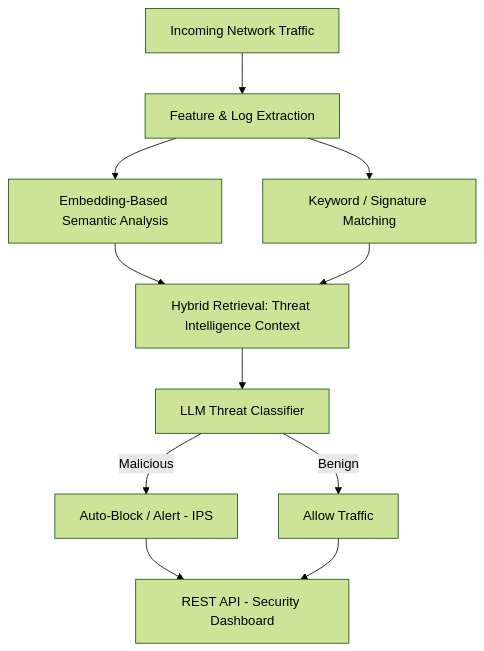
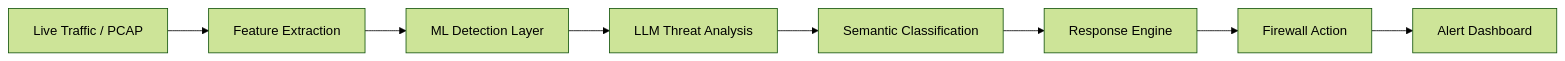
The second of 5 diagrams in README.md (skarthi369/skarthi369), drawn with Mermaid (forest theme) before and after one commit. The commit also changed other lines of this file, not shown here.

````diff
--- a/README.md
+++ b/README.md
@@ -67,13 +149,10 @@
 ```mermaid
-graph TD
-    A[Incoming Network Traffic] --> B[Feature & Log Extraction]
-    B --> C[Embedding-Based Semantic Analysis]
-    B --> D[Keyword / Signature Matching]
-    C --> E[Hybrid Retrieval: Threat Intelligence Context]
-    D --> E
-    E --> F[LLM Threat Classifier]
-    F -->|Malicious| G[Auto-Block / Alert - IPS]
-    F -->|Benign| H[Allow Traffic]
-    G --> I[REST API - Security Dashboard]
-    H --> I
+flowchart LR
+    A[Live Traffic / PCAP] --> B[Feature Extraction]
+    B --> C[ML Detection Layer]
+    C --> D[LLM Threat Analysis]
+    D --> E[Semantic Classification]
+    E --> F[Response Engine]
+    F --> G[Firewall Action]
+    G --> H[Alert Dashboard]
 ```
````
